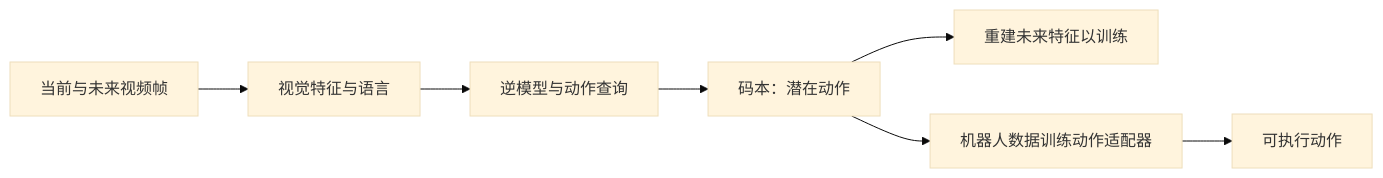
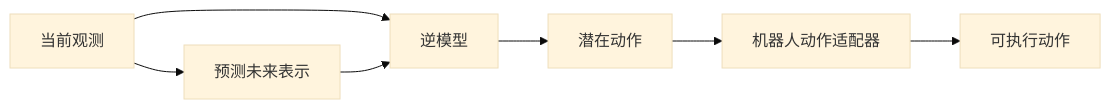
The diagram in wiki/concepts/InverseDynamicsModels.md (niuverse/llm-wiki), drawn with Mermaid (base theme) before and after one commit. The commit also changed other lines of this file and 317 other files, not shown here.

````diff
--- a/wiki/concepts/InverseDynamicsModels.md
+++ b/wiki/concepts/InverseDynamicsModels.md
@@ -61,9 +41,9 @@
 ```mermaid
 flowchart LR
-  A[当前与未来视频帧] --> B[视觉特征与语言]
-  B --> C[逆模型与动作查询]
-  C --> D[码本：潜在动作]
-  D --> E[重建未来特征以训练]
-  D --> F[机器人数据训练动作适配器]
-  F --> G[可执行动作]
+  O["当前观测"] --> F["预测未来表示"]
+  O --> I["逆模型"]
+  F --> I
+  I --> U["潜在动作"]
+  U --> A["机器人动作适配器"]
+  A --> R["可执行动作"]
 ```
````
